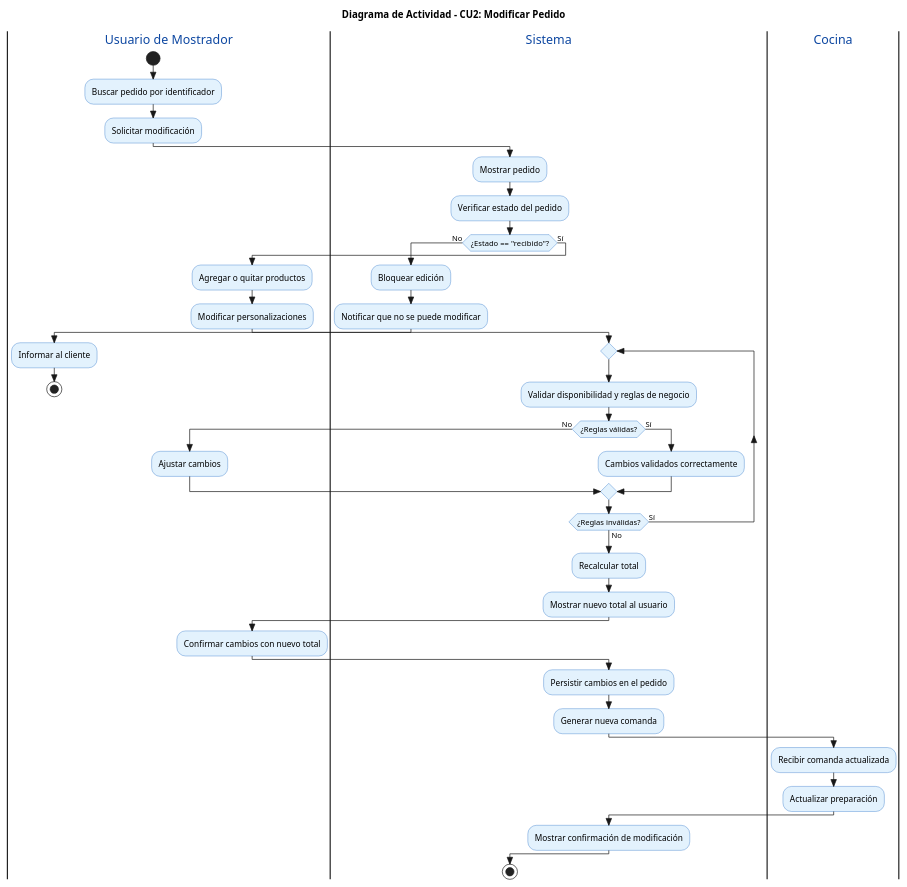
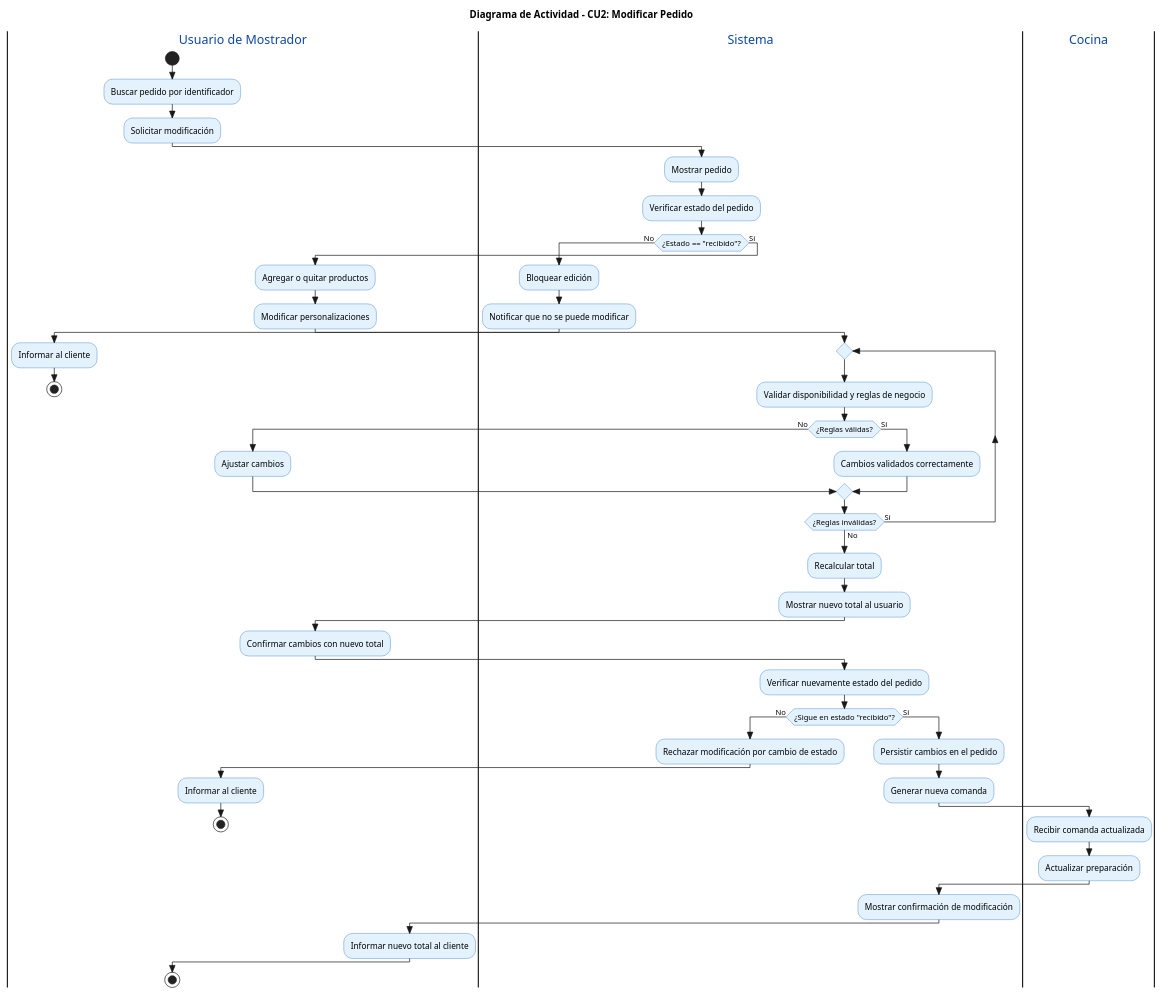
Before and after one commit to lucasmengarelli3/SistemaPedidos: the diagram in diagramas/04-diagramas-actividades/04-actividad-modificar-pedido-02.puml, drawn with PlantUML. The commit also changed 5 other files, not shown here.

Commit message:
fix: corrige changelog, diagramas y doc de IA segun revision final

```diff
--- a/diagramas/04-diagramas-actividades/04-actividad-modificar-pedido-02.puml
+++ b/diagramas/04-diagramas-actividades/04-actividad-modificar-pedido-02.puml
@@ -1,60 +1,72 @@
 @startuml
 skinparam style strictuml
 skinparam ActivityBackgroundColor #E3F2FD
 skinparam ActivityBorderColor #1565C0
 skinparam SwimlaneTitleFontColor #0D47A1
 
 title Diagrama de Actividad - CU2: Modificar Pedido
 
 |Usuario de Mostrador|
 start
 :Buscar pedido por identificador;
 :Solicitar modificación;
 
 |Sistema|
 :Mostrar pedido;
 :Verificar estado del pedido;
 if (¿Estado == "recibido"?) then (No)
   |Sistema|
   :Bloquear edición;
   :Notificar que no se puede modificar;
   |Usuario de Mostrador|
   :Informar al cliente;
   stop
 else (Sí)
   |Usuario de Mostrador|
   :Agregar o quitar productos;
   :Modificar personalizaciones;
   
   |Sistema|
   repeat
     :Validar disponibilidad y reglas de negocio;
     if (¿Reglas válidas?) then (No)
       |Usuario de Mostrador|
       :Ajustar cambios;
     else (Sí)
       |Sistema|
       :Cambios validados correctamente;
     endif
   repeat while (¿Reglas inválidas?) is (Sí) not (No)
 
   |Sistema|
   :Recalcular total;
   :Mostrar nuevo total al usuario;
 
   |Usuario de Mostrador|
   :Confirmar cambios con nuevo total;
 
   |Sistema|
-  :Persistir cambios en el pedido;
-  :Generar nueva comanda;
+  :Verificar nuevamente estado del pedido;
+  if (¿Sigue en estado "recibido"?) then (No)
+    |Sistema|
+    :Rechazar modificación por cambio de estado;
+    |Usuario de Mostrador|
+    :Informar al cliente;
+    stop
+  else (Sí)
+    |Sistema|
+    :Persistir cambios en el pedido;
+    :Generar nueva comanda;
 
-  |Cocina|
-  :Recibir comanda actualizada;
-  :Actualizar preparación;
+    |Cocina|
+    :Recibir comanda actualizada;
+    :Actualizar preparación;
 
-  |Sistema|
-  :Mostrar confirmación de modificación;
+    |Sistema|
+    :Mostrar confirmación de modificación;
+    |Usuario de Mostrador|
+    :Informar nuevo total al cliente;
+  endif
 endif
 stop
 @enduml
```
